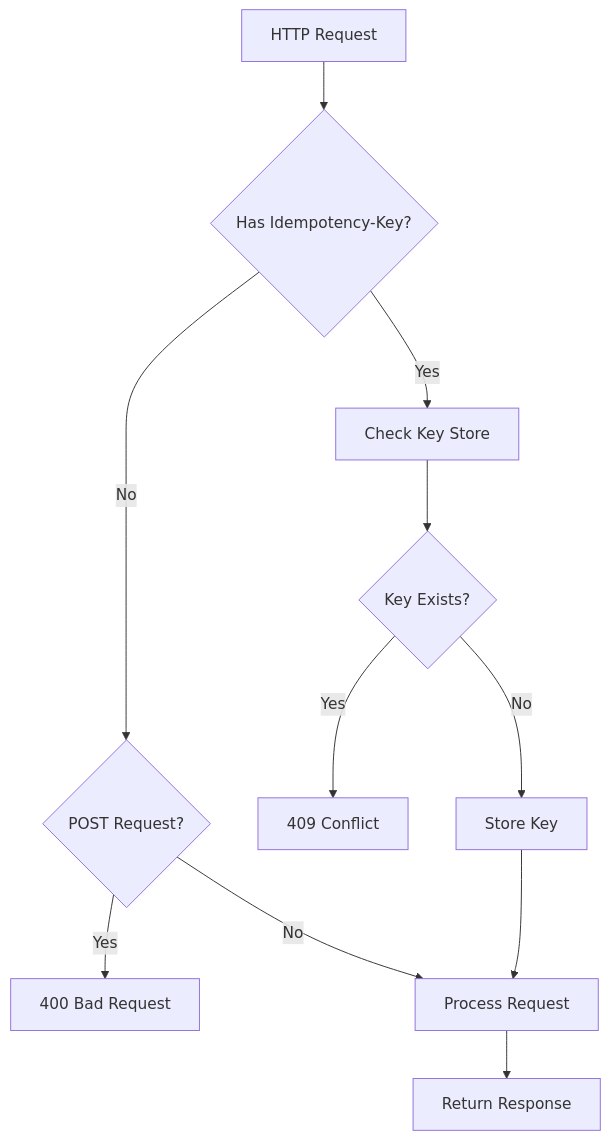
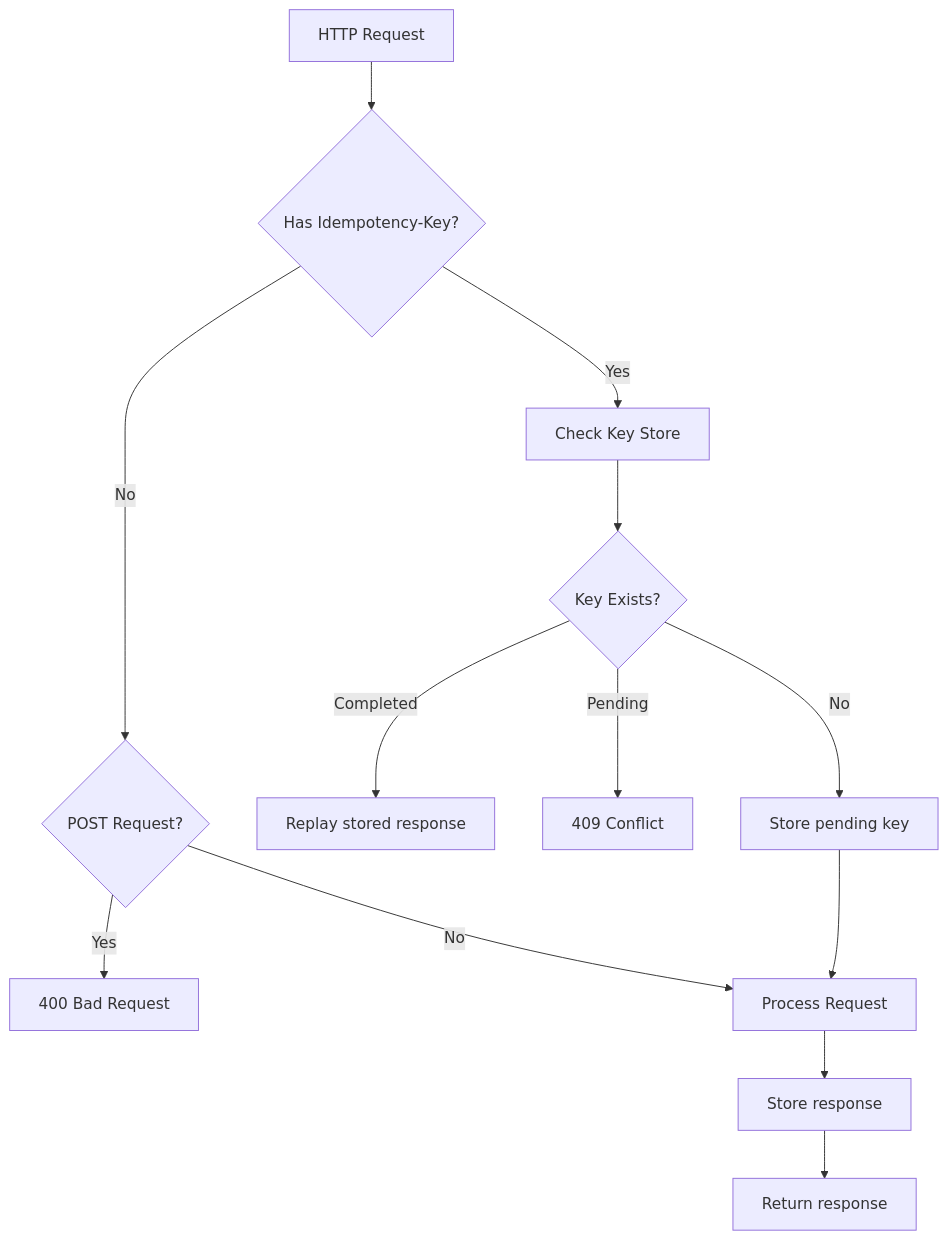
One commit to 4rtdr0p/flow-accounts-manager changed the third of 8 diagrams in docs/docs/concepts/idempotency.md. Above: the diagram before and after it, drawn with Mermaid. The commit also changed other lines of this file and 8 other files, not shown here.

````diff
--- a/docs/docs/concepts/idempotency.md
+++ b/docs/docs/concepts/idempotency.md
@@ -65,14 +65,16 @@
 ```mermaid
 graph TB
     Request[HTTP Request] --> Header{Has Idempotency-Key?}
     Header -->|No| RequiredCheck{POST Request?}
     RequiredCheck -->|Yes| Reject[400 Bad Request]
     RequiredCheck -->|No| Process[Process Request]
     
     Header -->|Yes| CheckStore[Check Key Store]
     CheckStore --> Exists{Key Exists?}
-    Exists -->|Yes| Conflict[409 Conflict]
-    Exists -->|No| StoreKey[Store Key]
+    Exists -->|Completed| Replay[Replay stored response]
+    Exists -->|Pending| Conflict[409 Conflict]
+    Exists -->|No| StoreKey[Store pending key]
     StoreKey --> Process
-    Process --> Response[Return Response]
+    Process --> StoreResponse[Store response]
+    StoreResponse --> Response[Return response]
 ```
````
